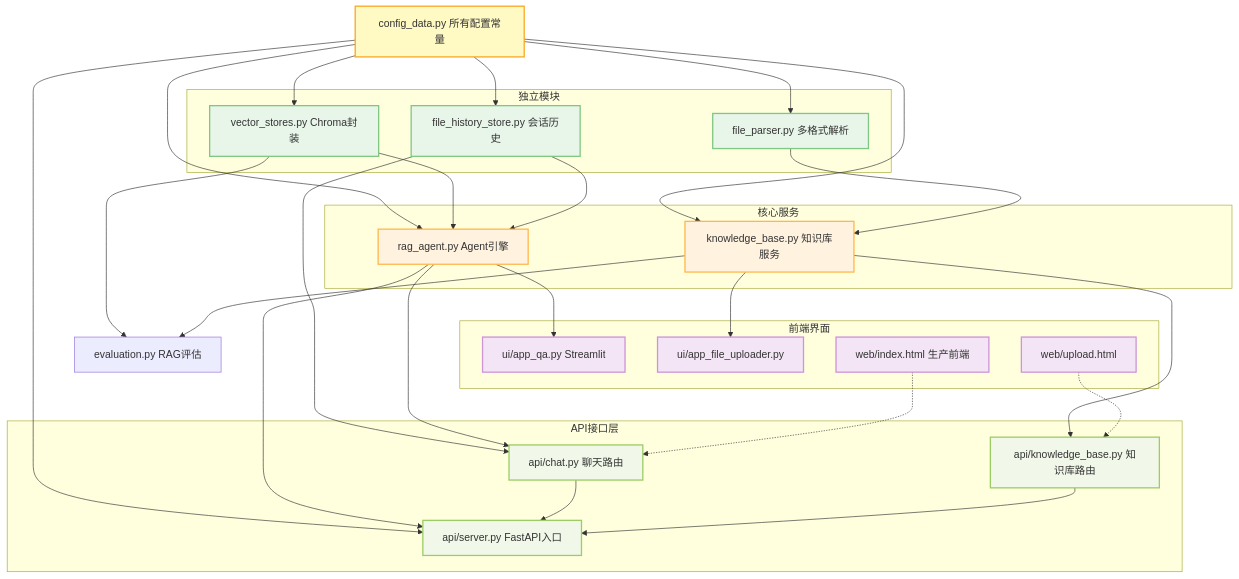
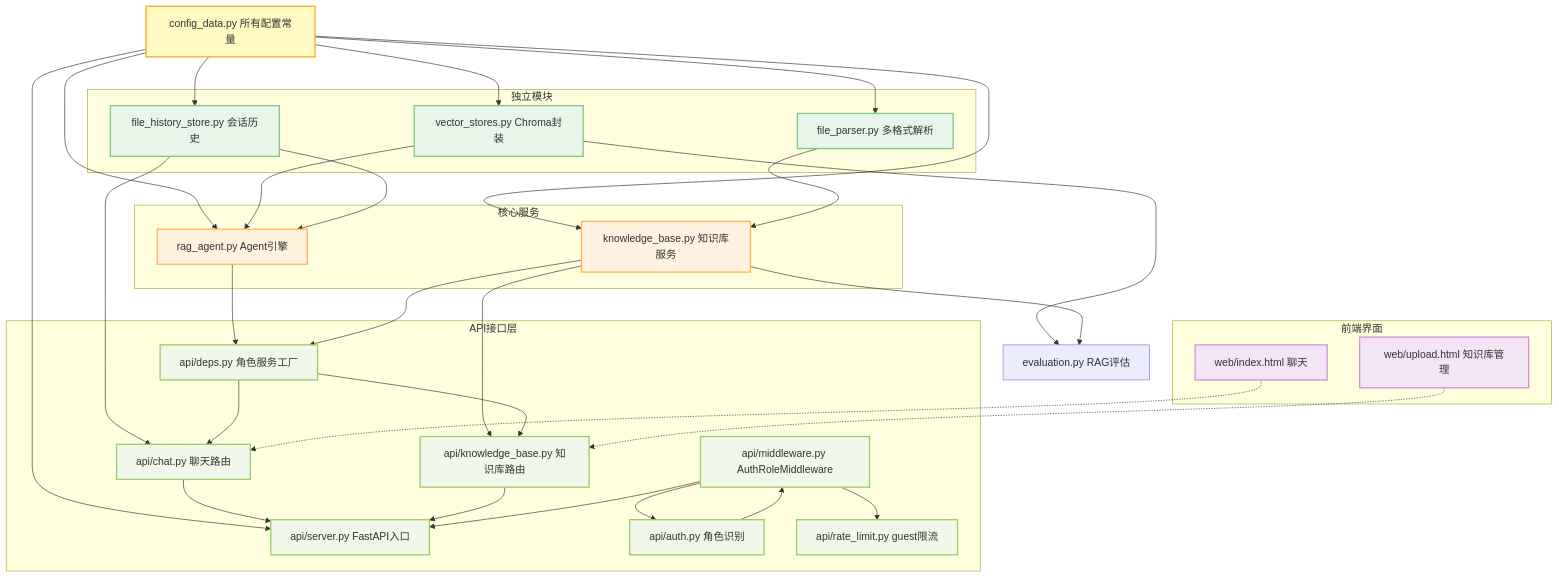
One commit to VanityHuang/rag-smart-customer-service changed the diagram in docs/diagrams/module_dependency.md. Above: the diagram before and after it, drawn with Mermaid. The commit also changed 14 other files, not shown here.

First line of the commit message:
docs: 更新架构文档和 Mermaid 图，同步代码实际状态

````diff
--- a/docs/diagrams/module_dependency.md
+++ b/docs/diagrams/module_dependency.md
@@ -3,52 +3,60 @@
 ```mermaid
 flowchart TD
   config["config_data.py 所有配置常量"]
 
   subgraph L1["独立模块"]
     fp["file_parser.py 多格式解析"]
     hs["file_history_store.py 会话历史"]
     vs["vector_stores.py Chroma封装"]
   end
 
   subgraph L2["核心服务"]
     kb["knowledge_base.py 知识库服务"]
     rag["rag_agent.py Agent引擎"]
   end
 
   subgraph L3["API接口层"]
     server["api/server.py FastAPI入口"]
+    mw["api/middleware.py AuthRoleMiddleware"]
+    auth["api/auth.py 角色识别"]
+    rl["api/rate_limit.py guest限流"]
+    deps["api/deps.py 角色服务工厂"]
     api_chat["api/chat.py 聊天路由"]
     api_kb["api/knowledge_base.py 知识库路由"]
   end
 
   subgraph L4["前端界面"]
-    ui_qa["ui/app_qa.py Streamlit"]
-    ui_up["ui/app_file_uploader.py"]
-    web_idx["web/index.html 生产前端"]
-    web_up["web/upload.html"]
+    web_idx["web/index.html 聊天"]
+    web_up["web/upload.html 知识库管理"]
   end
 
   eval["evaluation.py RAG评估"]
 
   config --> fp & vs & hs & kb & rag & server
   fp --> kb
   vs --> rag & eval
   hs --> rag & api_chat
-  kb --> api_kb & ui_up & eval
-  rag --> api_chat & server & ui_qa
+  kb --> api_kb & eval
+  rag --> deps
+  kb --> deps
+  deps --> api_chat & api_kb
+  mw --> auth
+  mw --> rl
+  auth --> mw
   api_chat --> server
   api_kb --> server
+  mw --> server
   web_idx -.-> api_chat
   web_up -.-> api_kb
 
   classDef config fill:#FFF9C4,stroke:#F9A825,stroke-width:2px
   classDef L1 fill:#E8F5E9,stroke:#81C784,stroke-width:2px
   classDef L2 fill:#FFF3E0,stroke:#FFB74D,stroke-width:2px
   classDef L3 fill:#F1F8E9,stroke:#9CCC65,stroke-width:2px
   classDef L4 fill:#F3E5F5,stroke:#CE93D8,stroke-width:2px
   class config config
   class fp,hs,vs L1
   class kb,rag L2
-  class server,api_chat,api_kb L3
-  class ui_qa,ui_up,web_idx,web_up L4
+  class server,mw,auth,rl,deps,api_chat,api_kb L3
+  class web_idx,web_up L4
 ```
````
